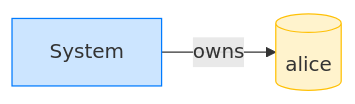
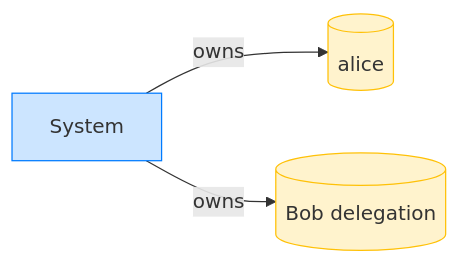
Diagram 20 of 24 in dsl_tests/closing-the-authority-blocks-all-delegations.md (cds-rs/subscriptions), drawn with Mermaid before and after one commit. The commit also changed other lines of this file and 224 other files, not shown here.

````diff
--- a/dsl_tests/closing-the-authority-blocks-all-delegations.md
+++ b/dsl_tests/closing-the-authority-blocks-all-delegations.md
@@ -379,8 +396,10 @@
 ```mermaid
 flowchart LR
     classDef owner fill:#cce5ff,stroke:#007bff;
     classDef account fill:#fff3cd,stroke:#ffc107;
     System[System]:::owner
     alice[(alice)]:::account
+    Bob_delegation[("Bob delegation")]:::account
     System -->|owns| alice
+    System -->|owns| Bob_delegation
 ```
````
